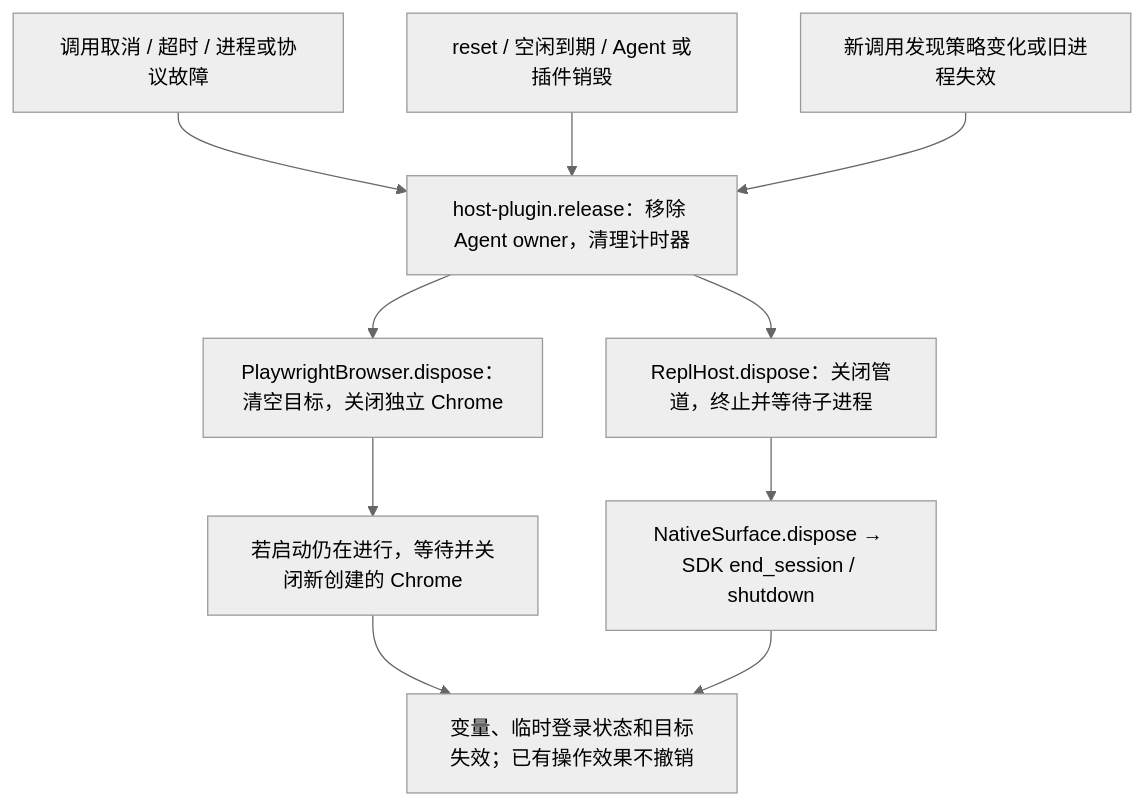
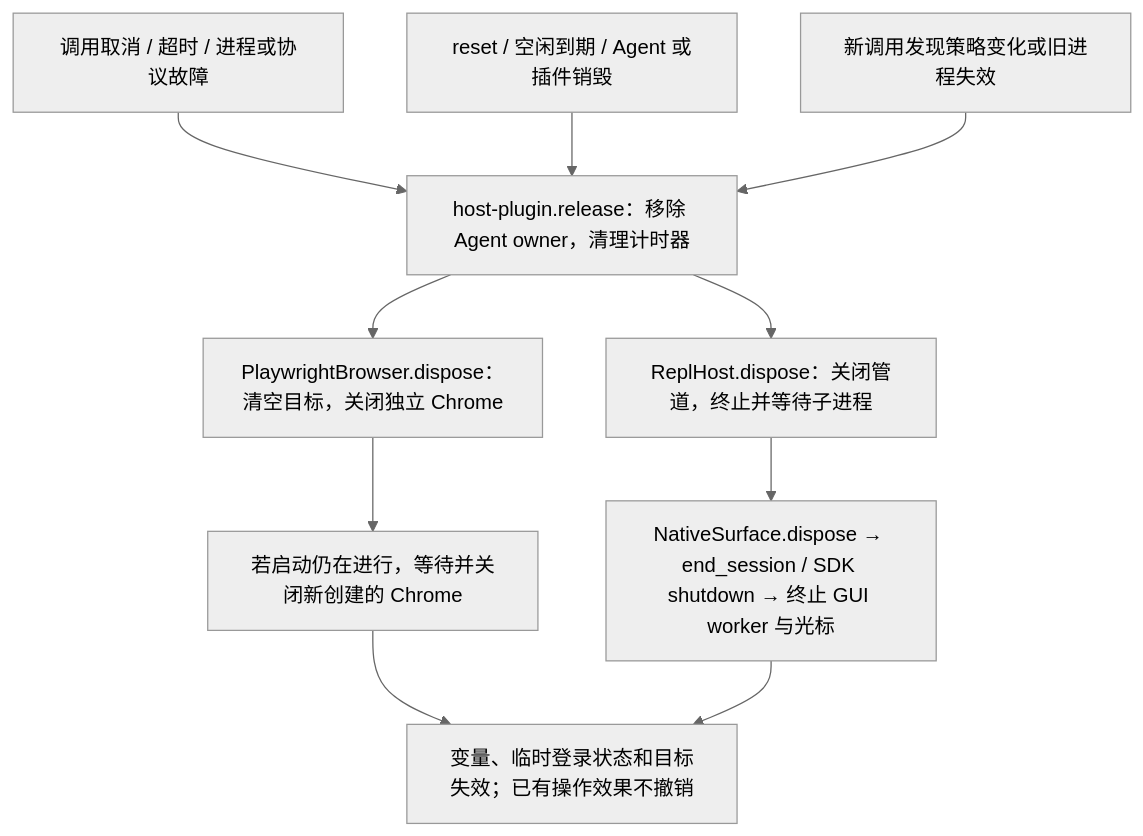
The sixth of 9 diagrams in docs/CALL-FLOWS.md (xiaoiver/dsh-unified-computer-use), drawn with Mermaid (neutral theme) before and after one commit. The commit also changed other lines of this file and 16 other files, not shown here.

Commit message:
feat: run macOS native actions in session-owned cursor workers

````diff
--- a/docs/CALL-FLOWS.md
+++ b/docs/CALL-FLOWS.md
@@ -189,12 +193,12 @@
 ```mermaid
 flowchart TD
   Cancel["调用取消 / 超时 / 进程或协议故障"] --> Release["host-plugin.release：移除 Agent owner，清理计时器"]
   Reset["reset / 空闲到期 / Agent 或插件销毁"] --> Release
   Policy["新调用发现策略变化或旧进程失效"] --> Release
   Release --> Browser["PlaywrightBrowser.dispose：清空目标，关闭独立 Chrome"]
   Release --> Worker["ReplHost.dispose：关闭管道，终止并等待子进程"]
   Browser --> Launch["若启动仍在进行，等待并关闭新创建的 Chrome"]
-  Worker --> Native["NativeSurface.dispose → SDK end_session / shutdown"]
+  Worker --> Native["NativeSurface.dispose → end_session / SDK shutdown → 终止 GUI worker 与光标"]
   Launch --> End["变量、临时登录状态和目标失效；已有操作效果不撤销"]
   Native --> End
 ```
````
